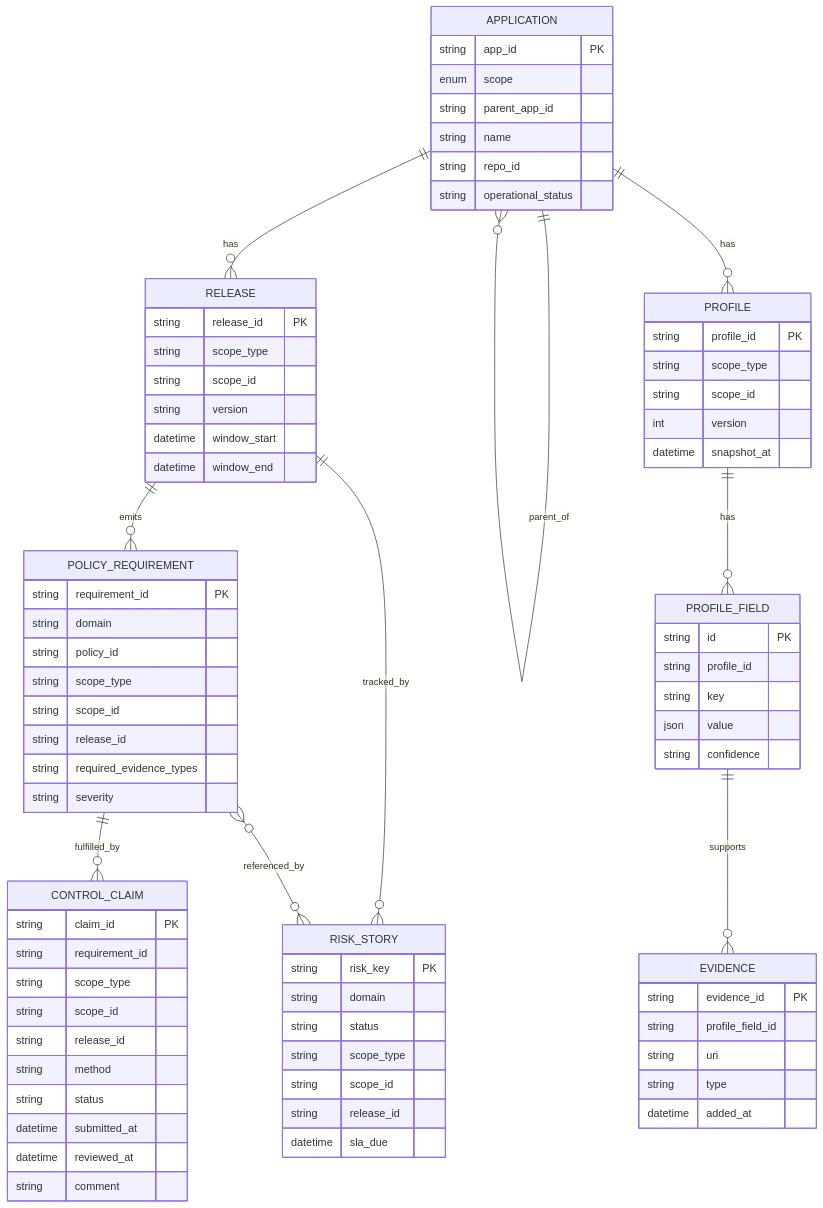
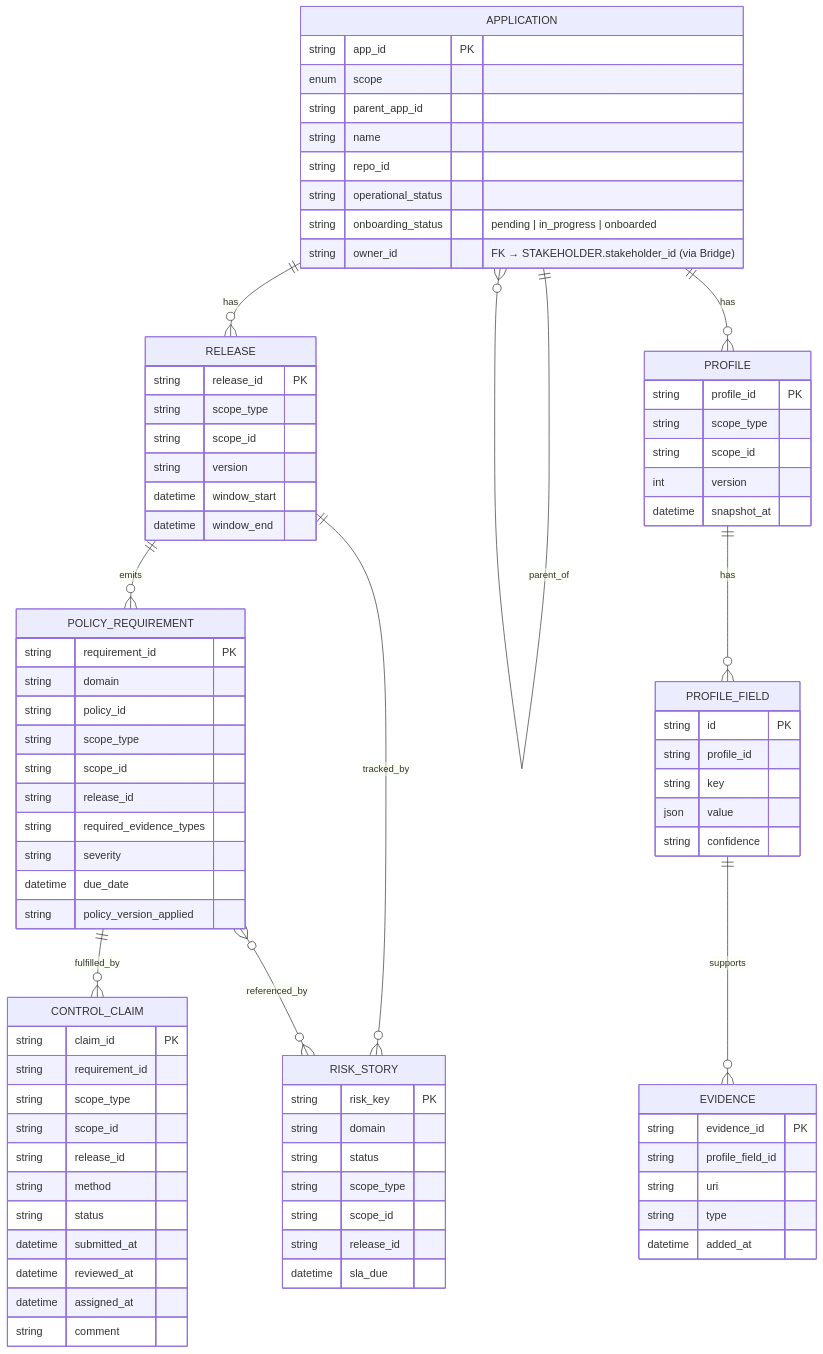
The diagram in docs/core_gcdm.mmd (kingfadzi/gateway), drawn with Mermaid before and after one commit.

Commit message:
init commit

```diff
--- a/docs/core_gcdm.mmd
+++ b/docs/core_gcdm.mmd
@@ -1,86 +1,91 @@
 erDiagram
     APPLICATION {
         string app_id PK
         enum   scope
         string parent_app_id
         string name
         string repo_id
         string operational_status
+        string onboarding_status   "pending | in_progress | onboarded"
+        string owner_id            "FK → STAKEHOLDER.stakeholder_id (via Bridge)"
     }
 
     RELEASE {
         string release_id PK
         string scope_type
         string scope_id
         string version
         datetime window_start
         datetime window_end
     }
 
     PROFILE {
         string profile_id PK
         string scope_type
         string scope_id
         int    version
         datetime snapshot_at
     }
 
     PROFILE_FIELD {
         string id PK
         string profile_id
         string key
         json   value
         string confidence
     }
 
     EVIDENCE {
         string evidence_id PK
         string profile_field_id
         string uri
         string type
         datetime added_at
     }
 
     POLICY_REQUIREMENT {
         string requirement_id PK
         string domain
         string policy_id
         string scope_type
         string scope_id
         string release_id
         string required_evidence_types
         string severity
+        datetime due_date
+        string  policy_version_applied
     }
 
     CONTROL_CLAIM {
         string claim_id PK
         string requirement_id
         string scope_type
         string scope_id
         string release_id
         string method
         string status
         datetime submitted_at
         datetime reviewed_at
+        datetime assigned_at
         string comment
     }
 
     RISK_STORY {
         string risk_key PK
         string domain
         string status
         string scope_type
         string scope_id
         string release_id
         datetime sla_due
     }
 
     APPLICATION ||--o{ APPLICATION : parent_of
     APPLICATION ||--o{ RELEASE     : has
     APPLICATION ||--o{ PROFILE     : has
     PROFILE     ||--o{ PROFILE_FIELD : has
     PROFILE_FIELD ||--o{ EVIDENCE    : supports
     RELEASE ||--o{ POLICY_REQUIREMENT : emits
     POLICY_REQUIREMENT ||--o{ CONTROL_CLAIM : fulfilled_by
     RELEASE ||--o{ RISK_STORY : tracked_by
     POLICY_REQUIREMENT }o--o{ RISK_STORY : referenced_by
```
